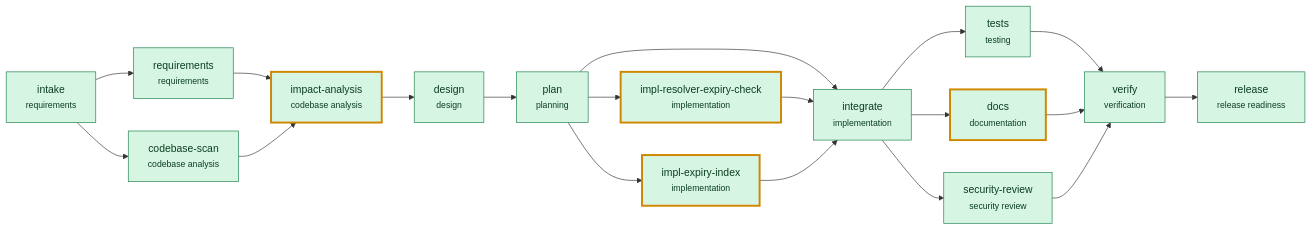
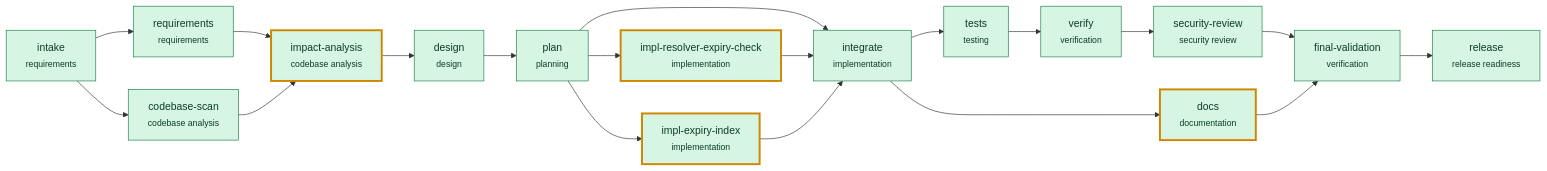
The diagram in docs/evidence/drill/graph.mmd (Marisha-Sahay/agentic-sdlc-orchestrator), drawn with Mermaid before and after one commit. The commit also changed 177 other files, not shown here.

```diff
--- a/docs/evidence/drill/graph.mmd
+++ b/docs/evidence/drill/graph.mmd
@@ -1,39 +1,40 @@
 flowchart LR
   intake["intake<br/><small>requirements</small>"]:::succeeded
   requirements["requirements<br/><small>requirements</small>"]:::succeeded
   intake --> requirements
   codebase_scan["codebase-scan<br/><small>codebase analysis</small>"]:::succeeded
   intake --> codebase_scan
   impact_analysis["impact-analysis<br/><small>codebase analysis</small>"]:::recovered
   requirements --> impact_analysis
   codebase_scan --> impact_analysis
   design["design<br/><small>design</small>"]:::succeeded
   impact_analysis --> design
   plan["plan<br/><small>planning</small>"]:::succeeded
   design --> plan
   impl_resolver_expiry_check["impl-resolver-expiry-check<br/><small>implementation</small>"]:::recovered
   plan --> impl_resolver_expiry_check
   impl_expiry_index["impl-expiry-index<br/><small>implementation</small>"]:::recovered
   plan --> impl_expiry_index
   integrate["integrate<br/><small>implementation</small>"]:::succeeded
   plan --> integrate
   impl_resolver_expiry_check --> integrate
   impl_expiry_index --> integrate
   tests["tests<br/><small>testing</small>"]:::succeeded
   integrate --> tests
   docs["docs<br/><small>documentation</small>"]:::recovered
   integrate --> docs
-  security_review["security-review<br/><small>security review</small>"]:::succeeded
-  integrate --> security_review
   verify["verify<br/><small>verification</small>"]:::succeeded
   tests --> verify
-  docs --> verify
-  security_review --> verify
+  security_review["security-review<br/><small>security review</small>"]:::succeeded
+  verify --> security_review
+  final_validation["final-validation<br/><small>verification</small>"]:::succeeded
+  security_review --> final_validation
+  docs --> final_validation
   release["release<br/><small>release readiness</small>"]:::succeeded
-  verify --> release
+  final_validation --> release
   classDef succeeded fill:#d6f5e3,stroke:#1a7f4b,color:#0b3d22
   classDef recovered fill:#d6f5e3,stroke:#d08700,stroke-width:3px,color:#0b3d22
   classDef failed fill:#fde0dc,stroke:#c0362c,color:#5c120c
   classDef skipped fill:#eeeeee,stroke:#999,color:#555,stroke-dasharray:4 3
   classDef pending fill:#fff4d6,stroke:#a86400,color:#4d2e00
   classDef running fill:#dfe8ff,stroke:#2f5bb7,color:#12275a
```
